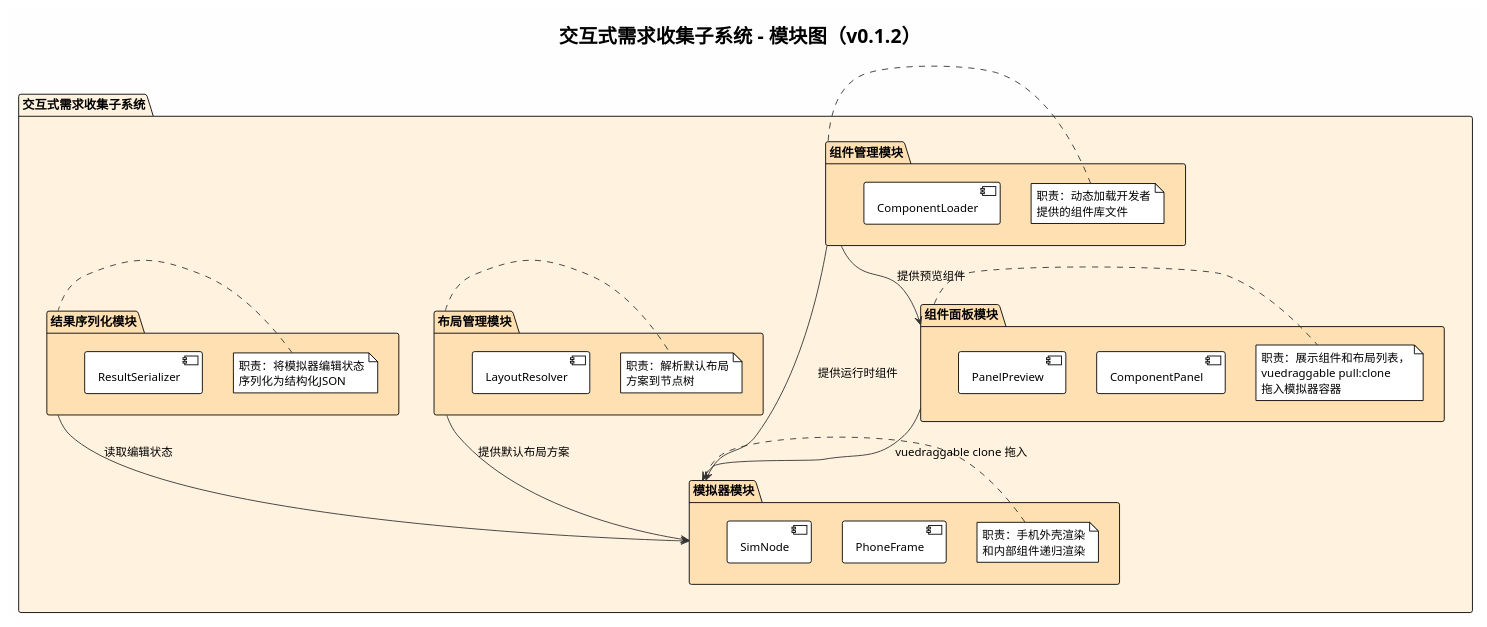
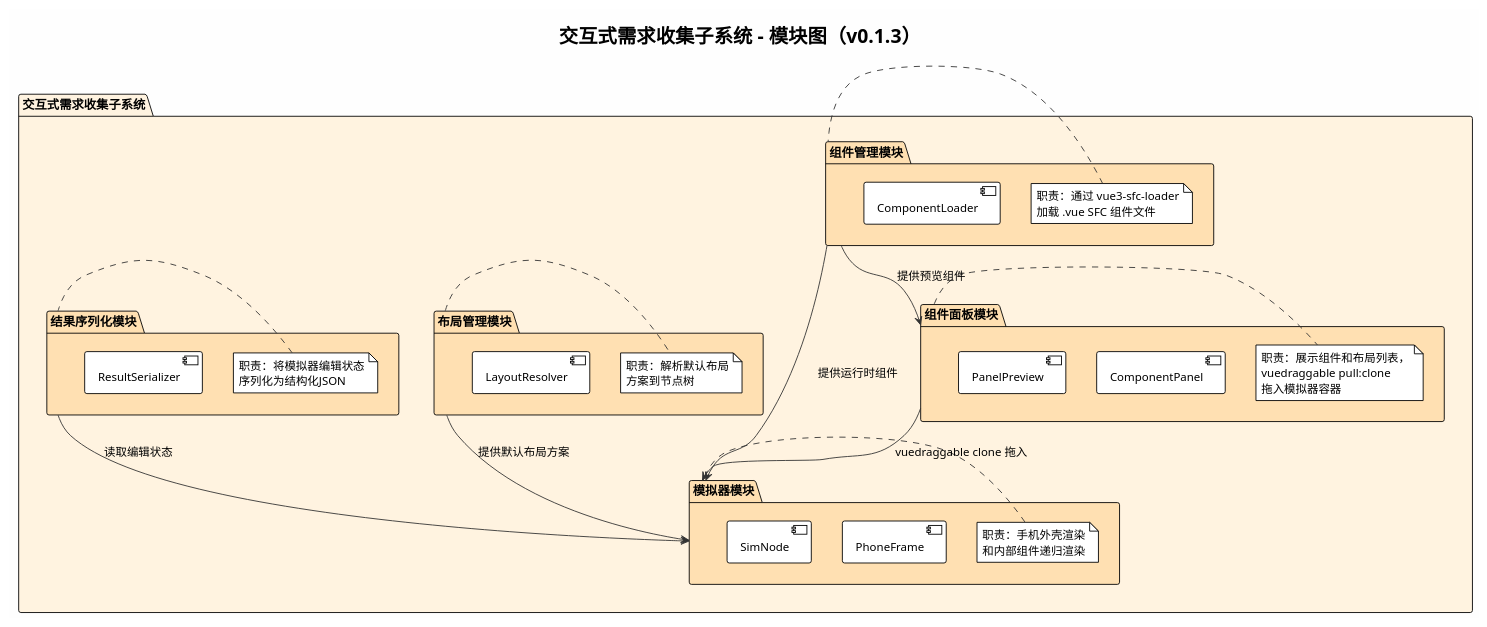
Before and after one commit to 24-Fahed/frontend_requirements_tool: the diagram in docs/images/interactive_module_diagram.puml, drawn with PlantUML. The commit also changed 54 other files, not shown here.

First line of the commit message:
feat: release v0.1.3 - Vue SFC component loading and preview mode

```diff
--- a/docs/images/interactive_module_diagram.puml
+++ b/docs/images/interactive_module_diagram.puml
@@ -1,70 +1,70 @@
 @startuml 交互式需求收集子系统_模块图
 !theme plain
 skinparam backgroundColor #FEFEFE
 skinparam defaultFontName SimHei
 skinparam NoteFontName SimHei
 skinparam PackageFontName SimHei
 skinparam RectangleFontName SimHei
 skinparam TitleFontName SimHei
 skinparam LegendFontName SimHei
 skinparam ComponentFontName SimHei
 skinparam ArrowColor #333333
 skinparam PackageFontSize 14
 skinparam ComponentFontSize 13
 
-title 交互式需求收集子系统 - 模块图（v0.1.2）
+title 交互式需求收集子系统 - 模块图（v0.1.3）
 
 package "交互式需求收集子系统" as INT_SYS #FFF3E0 {
 
   package "模拟器模块" as MOD_SIM #FFE0B2 {
     component [PhoneFrame] as PHONE_FRAME
     component [SimNode] as SIM_NODE
     note left of MOD_SIM
       职责：手机外壳渲染
       和内部组件递归渲染
     end note
   }
 
   package "组件面板模块" as MOD_PANEL #FFE0B2 {
     component [ComponentPanel] as COMP_PANEL
     component [PanelPreview] as PANEL_PREVIEW
     note right of MOD_PANEL
       职责：展示组件和布局列表，
       vuedraggable pull:clone
       拖入模拟器容器
     end note
   }
 
   package "组件管理模块" as MOD_COMP #FFE0B2 {
     component [ComponentLoader] as COMP_LOADER
     note left of MOD_COMP
-      职责：动态加载开发者
-      提供的组件库文件
+      职责：通过 vue3-sfc-loader
+      加载 .vue SFC 组件文件
     end note
   }
 
   package "布局管理模块" as MOD_LAYOUT #FFE0B2 {
     component [LayoutResolver] as LAYOUT_RESOLVER
     note right of MOD_LAYOUT
       职责：解析默认布局
       方案到节点树
     end note
   }
 
   package "结果序列化模块" as MOD_SER #FFE0B2 {
     component [ResultSerializer] as SERIALIZER
     note left of MOD_SER
       职责：将模拟器编辑状态
       序列化为结构化JSON
     end note
   }
 }
 
 ' 模块间关系
 MOD_COMP --> MOD_SIM : 提供运行时组件
 MOD_COMP --> MOD_PANEL : 提供预览组件
 MOD_PANEL --> MOD_SIM : vuedraggable clone 拖入
 MOD_LAYOUT --> MOD_SIM : 提供默认布局方案
 MOD_SER --> MOD_SIM : 读取编辑状态
 
 @enduml
```
